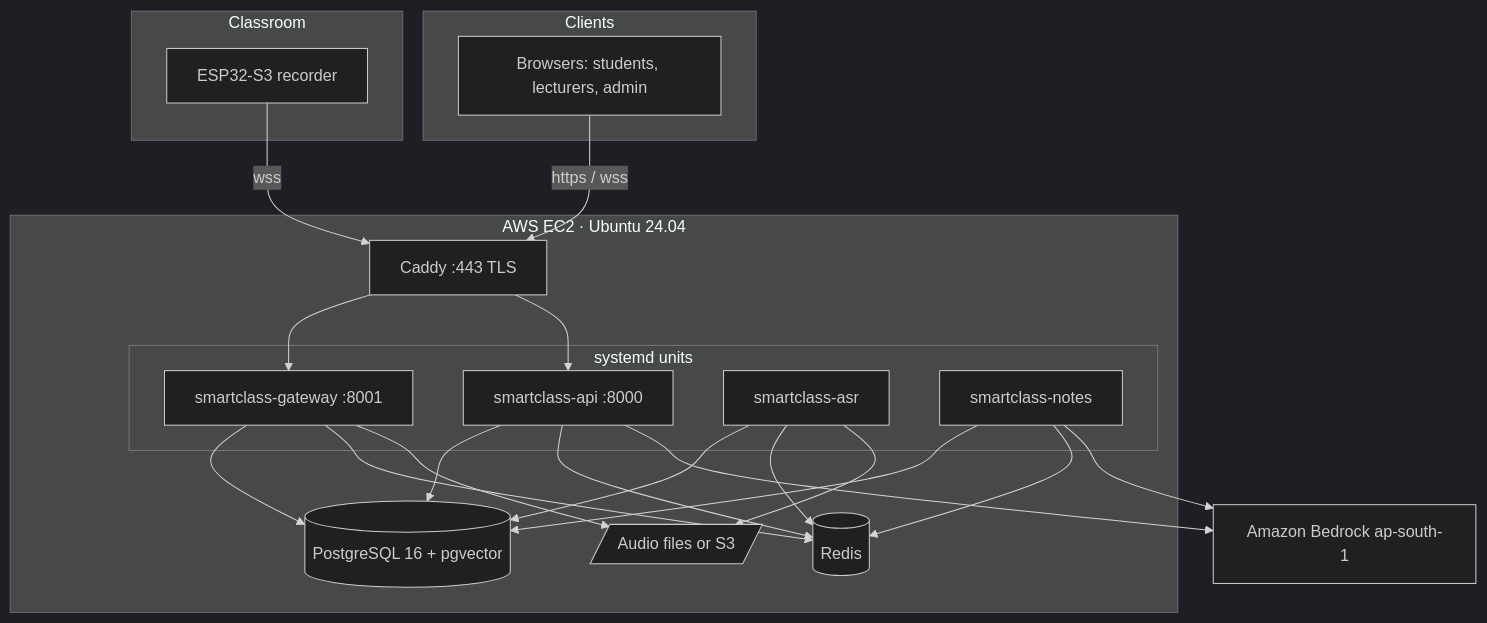
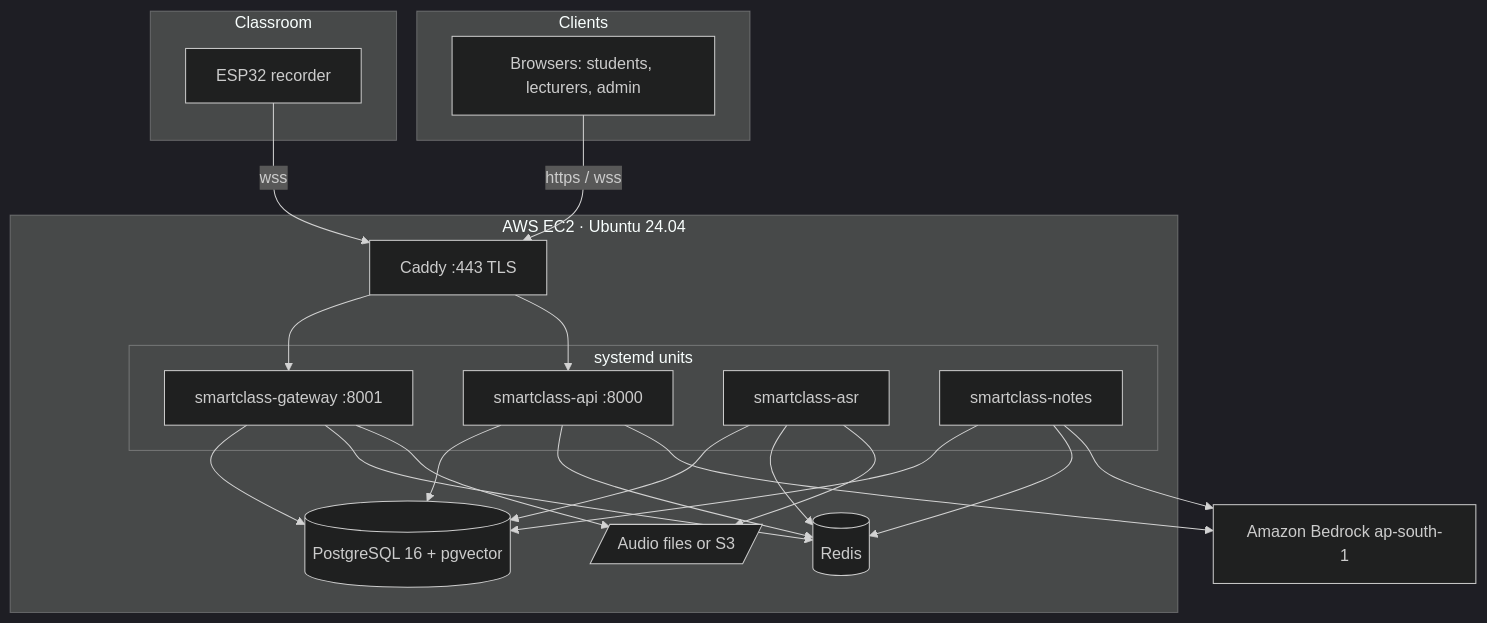
One commit to Ganesh30112006/Srinivas changed the eighth of 8 diagrams in docs/project/UML.md. Above: the diagram before and after it, drawn with Mermaid (dark theme). The commit also changed other lines of this file and 14 other files, not shown here.

````diff
--- a/docs/project/UML.md
+++ b/docs/project/UML.md
@@ -256,32 +256,32 @@
 ```mermaid
 flowchart TB
   subgraph Classroom
-    DEV[ESP32-S3 recorder]
+    DEV[ESP32 recorder]
   end
   subgraph Clients
     BR[Browsers: students, lecturers, admin]
   end
   subgraph EC2[AWS EC2 · Ubuntu 24.04]
     CADDY[Caddy :443 TLS]
     subgraph systemd units
       GW[smartclass-gateway :8001]
       API[smartclass-api :8000]
       ASRW[smartclass-asr]
       NW[smartclass-notes]
     end
     PG[(PostgreSQL 16 + pgvector)]
     RD[(Redis)]
     FS[/Audio files or S3/]
   end
   BEDROCK[Amazon Bedrock ap-south-1]
 
   DEV -- wss --> CADDY
   BR -- https / wss --> CADDY
   CADDY --> GW & API
   GW --> PG & RD & FS
   API --> PG & RD
   ASRW --> PG & RD & FS
   NW --> PG & RD
   NW --> BEDROCK
   API --> BEDROCK
 ```
````
